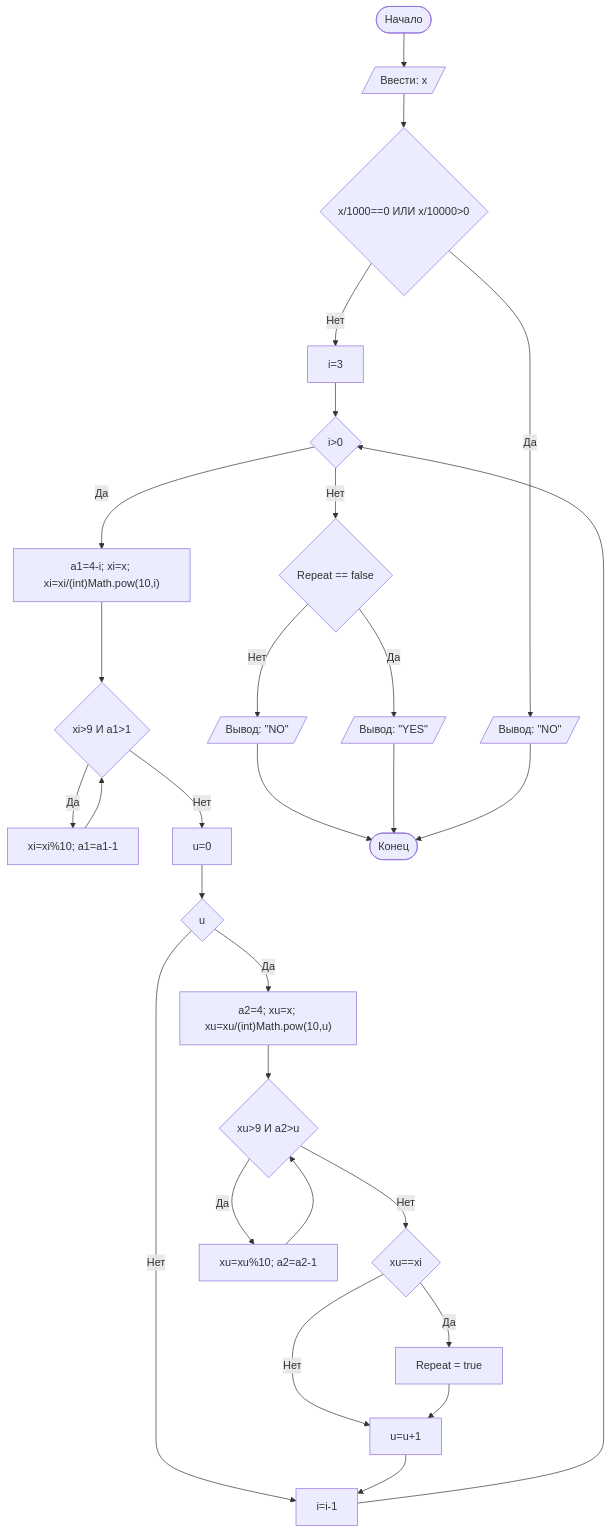
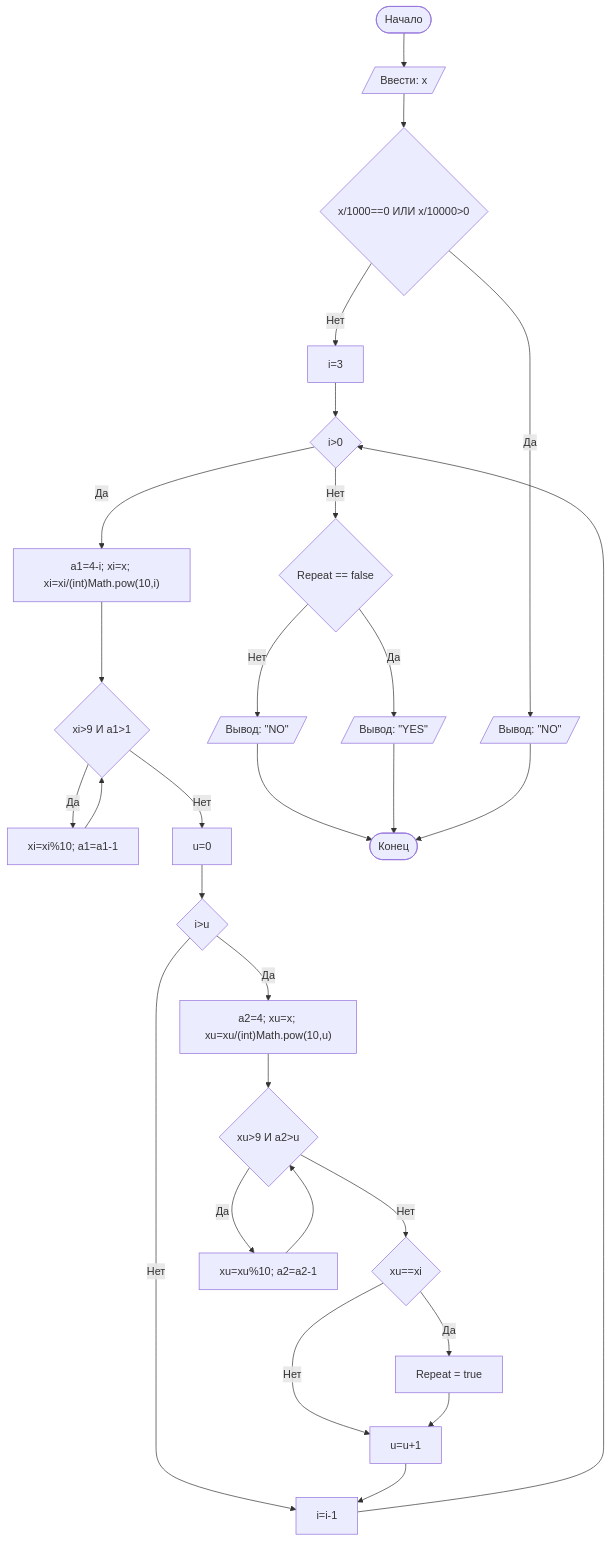
One commit to Tabooretishe/Lab1 changed the diagram in README.md. Above: the diagram before and after it, drawn with Mermaid.

````diff
--- a/README.md
+++ b/README.md
@@ -83,32 +83,32 @@
 ```mermaid
 graph TD
     A([Начало]) --> B[/Ввести: x/]
     B --> C{x/1000==0 ИЛИ x/10000>0}
     C -- Да --> D[/Вывод: "NO"/]
-    C -- Нет --> Y[i=3]
+    C -- Нет -->Y[i=3]
     Y --> R{i>0}
-    R -- Нет --> P{Repeat == false}
+    R -- Нет -->P{Repeat == false}
     R -- Да --> W["a1=4-i; xi=x; xi=xi/(int)Math.pow(10,i)"]
     W --> S{xi>9 И a1>1}
     S -- Да --> I[xi=xi%10; a1=a1-1]
     I --> S
-    S -- Нет --> X[u=0]
-    X --> O{"u<i"}
-    O -- Нет --> Q[i=i-1]
+    S -- Нет -->X[u=0]
+    X --> O{"i>u"}
+    O -- Нет -->Q[i=i-1]
     O -- Да --> F["a2=4; xu=x; xu=xu/(int)Math.pow(10,u)"]
     F --> M{xu>9 И a2>u}
-    M -- Нет --> N{xu==xi}
+    M -- Нет -->N{xu==xi}
     M -- Да --> G[xu=xu%10; a2=a2-1]
     G --> M
-    N-- Нет --> QQ[u=u+1]
-    N-- Да --> FE[Repeat = true]
+    N -- Нет -->QQ[u=u+1]
+    N -- Да --> FE[Repeat = true]
     FE --> QQ
     QQ --> Q
     Q --> R
-    P--Да-->L[/Вывод: "YES"/]
-    P--Нет-->K[/Вывод: "NO"/]
-    K-->Z
-    L-->Z
+    P -- Да --> L[/Вывод: "YES"/]
+    P -- Нет -->K[/Вывод: "NO"/]
+    K --> Z
+    L --> Z
     D --> Z([Конец])
 
 ```
````
